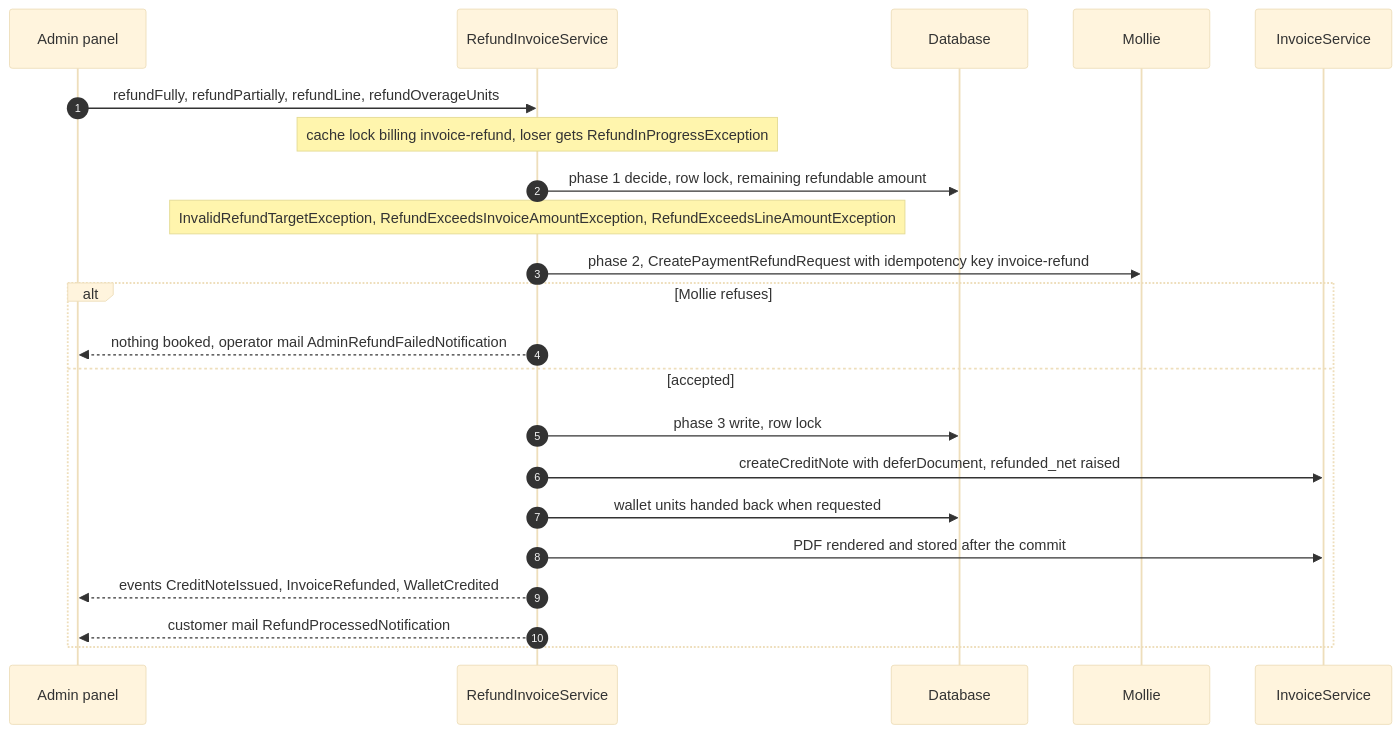
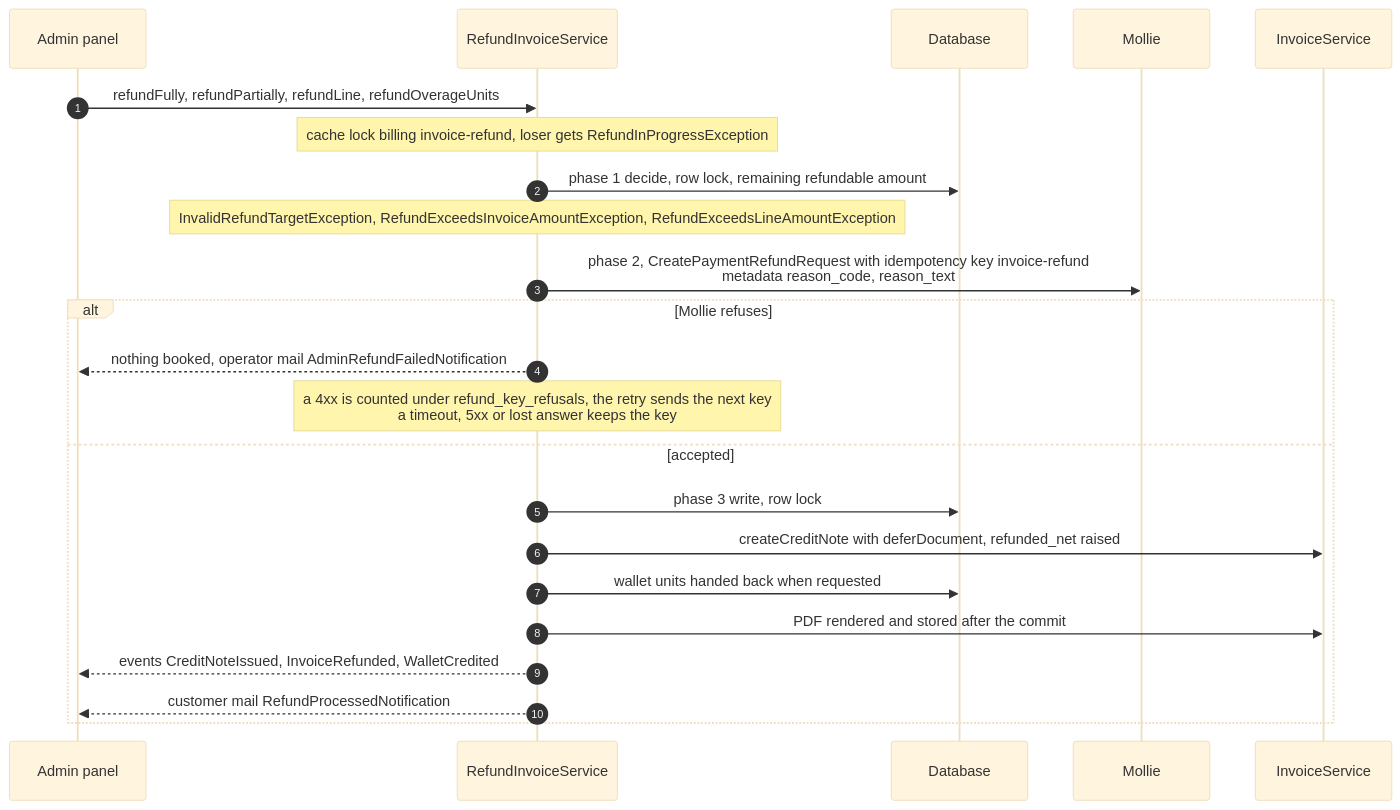
One commit to GraystackIT/laravel-mollie-billing changed diagram 21 of 29 in docs/flows.md. Above: the diagram before and after it, drawn with Mermaid (base theme). The commit also changed other lines of this file and 256 other files, not shown here.

````diff
--- a/docs/flows.md
+++ b/docs/flows.md
@@ -1104,25 +1223,26 @@
 ```mermaid
 sequenceDiagram
     autonumber
     participant A as Admin panel
     participant R as RefundInvoiceService
     participant DB as Database
     participant M as Mollie
     participant I as InvoiceService
 
     A->>R: refundFully, refundPartially, refundLine, refundOverageUnits
     Note over R: cache lock billing invoice-refund, loser gets RefundInProgressException
     R->>DB: phase 1 decide, row lock, remaining refundable amount
     Note over R: InvalidRefundTargetException, RefundExceedsInvoiceAmountException, RefundExceedsLineAmountException
-    R->>M: phase 2, CreatePaymentRefundRequest with idempotency key invoice-refund
+    R->>M: phase 2, CreatePaymentRefundRequest with idempotency key invoice-refund<br/>metadata reason_code, reason_text
     alt Mollie refuses
         R-->>A: nothing booked, operator mail AdminRefundFailedNotification
+        Note over R: a 4xx is counted under refund_key_refusals, the retry sends the next key<br/>a timeout, 5xx or lost answer keeps the key
     else accepted
         R->>DB: phase 3 write, row lock
         R->>I: createCreditNote with deferDocument, refunded_net raised
         R->>DB: wallet units handed back when requested
         R->>I: PDF rendered and stored after the commit
         R-->>A: events CreditNoteIssued, InvoiceRefunded, WalletCredited
         R-->>A: customer mail RefundProcessedNotification
     end
 ```
````
